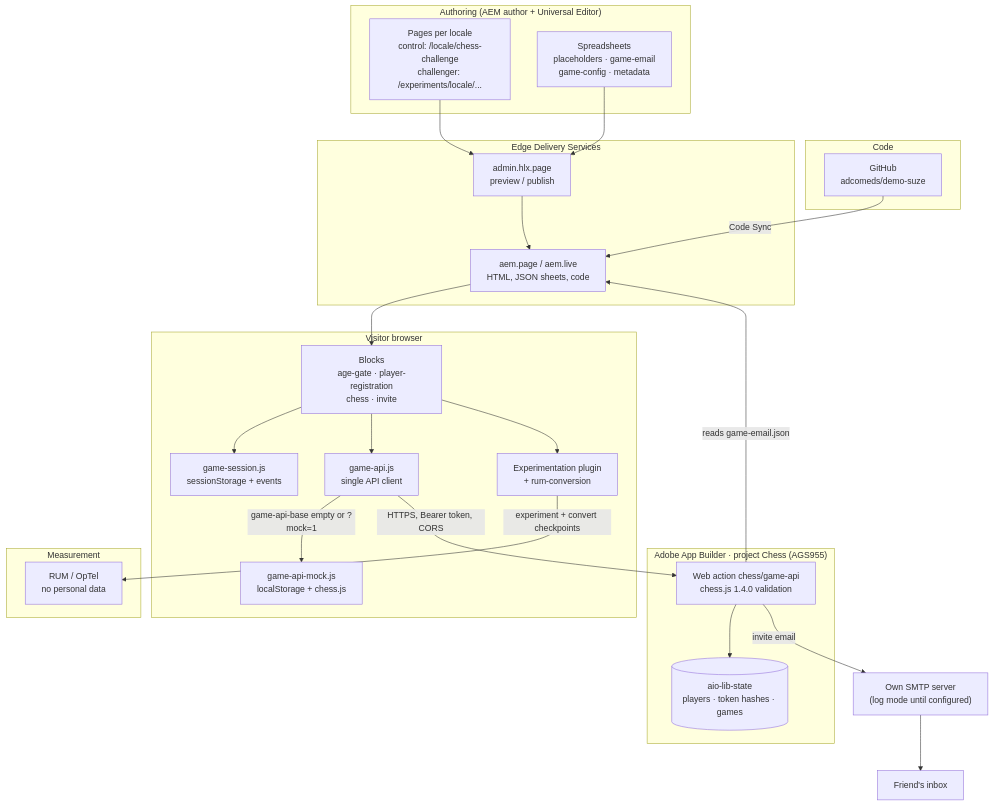
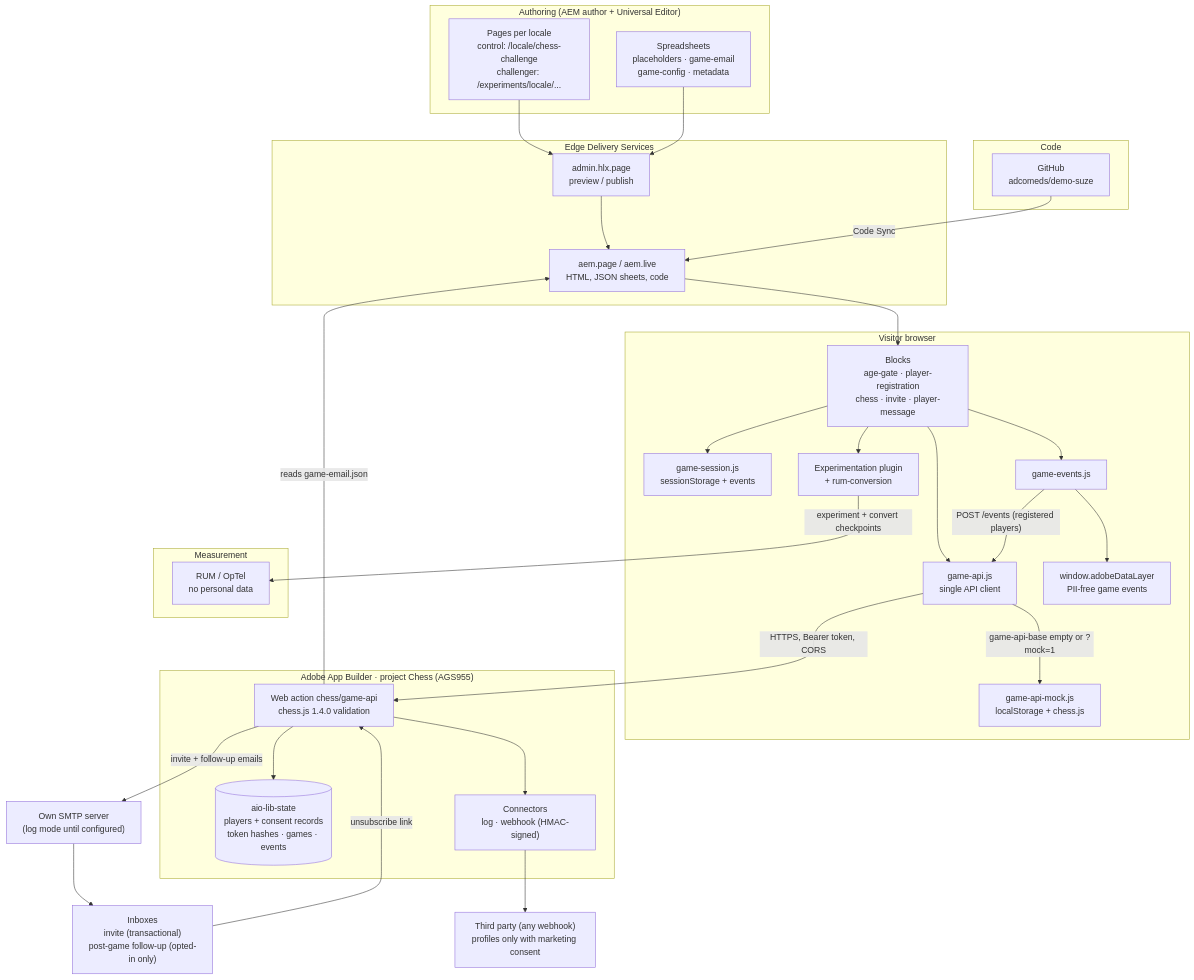
The first of 4 diagrams in docs/architecture.md (adcomeds/demo-suze), drawn with Mermaid before and after one commit. The commit also changed other lines of this file and 41 other files, not shown here.

First line of the commit message:
Add consumer data capture and marketing messaging to the chess challenge

````diff
--- a/docs/architecture.md
+++ b/docs/architecture.md
@@ -14,51 +14,62 @@
 ```mermaid
 flowchart TB
   subgraph Authoring["Authoring (AEM author + Universal Editor)"]
     Pages["Pages per locale<br/>control: /locale/chess-challenge<br/>challenger: /experiments/locale/..."]
     Sheets["Spreadsheets<br/>placeholders · game-email<br/>game-config · metadata"]
   end
 
   subgraph Code["Code"]
     GH["GitHub<br/>adcomeds/demo-suze"]
   end
 
   subgraph EDS["Edge Delivery Services"]
     Admin["admin.hlx.page<br/>preview / publish"]
     CDN["aem.page / aem.live<br/>HTML, JSON sheets, code"]
   end
 
   subgraph Browser["Visitor browser"]
-    Blocks["Blocks<br/>age-gate · player-registration<br/>chess · invite"]
+    Blocks["Blocks<br/>age-gate · player-registration<br/>chess · invite · player-message"]
     Session["game-session.js<br/>sessionStorage + events"]
     Api["game-api.js<br/>single API client"]
     Mock["game-api-mock.js<br/>localStorage + chess.js"]
     Exp["Experimentation plugin<br/>+ rum-conversion"]
+    Events["game-events.js"]
+    DL["window.adobeDataLayer<br/>PII-free game events"]
   end
 
   subgraph AB["Adobe App Builder · project Chess (AGS955)"]
     Action["Web action chess/game-api<br/>chess.js 1.4.0 validation"]
-    State[("aio-lib-state<br/>players · token hashes · games")]
+    State[("aio-lib-state<br/>players + consent records<br/>token hashes · games · events")]
+    Conn["Connectors<br/>log · webhook (HMAC-signed)"]
   end
 
+  Third["Third party (any webhook)<br/>profiles only with marketing consent"]
+
   SMTP["Own SMTP server<br/>(log mode until configured)"]
-  Inbox["Friend's inbox"]
+  Inbox["Inboxes<br/>invite (transactional)<br/>post-game follow-up (opted-in only)"]
   subgraph Obs["Measurement"]
     RUM["RUM / OpTel<br/>no personal data"]
   end
 
   Pages --> Admin
   Sheets --> Admin
   Admin --> CDN
   GH -- "Code Sync" --> CDN
   CDN --> Blocks
   Blocks --> Session
   Blocks --> Api
   Blocks --> Exp
   Api -- "game-api-base empty or ?mock=1" --> Mock
   Api -- "HTTPS, Bearer token, CORS" --> Action
   Action --> State
   Action -- "reads game-email.json" --> CDN
-  Action -- "invite email" --> SMTP
+  Action -- "invite + follow-up emails" --> SMTP
   SMTP --> Inbox
   Exp -- "experiment + convert checkpoints" --> RUM
+  Blocks --> Events
+  Events --> DL
+  Events -- "POST /events (registered players)" --> Api
+  Action --> Conn
+  Conn --> Third
+  Inbox -- "unsubscribe link" --> Action
 ```
````
